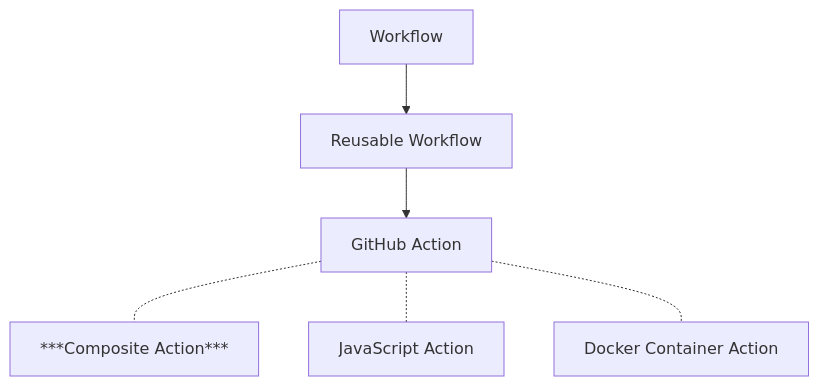
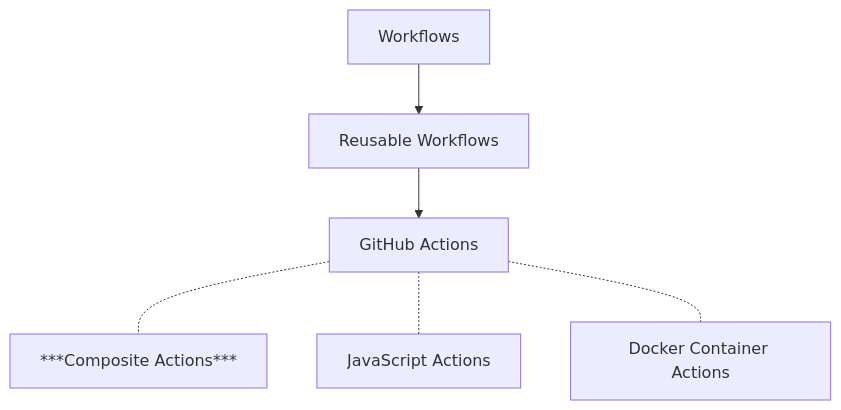
The diagram in README.md (devantler-tech/workflows), drawn with Mermaid before and after one commit.

Commit message:
fix: correct terminology in workflow diagram in README

````diff
--- a/README.md
+++ b/README.md
@@ -10,8 +10,8 @@
 ```mermaid
 graph TD
-  A[Workflow] --> B[Reusable Workflow]
-  B --> C[GitHub Action]
-  C -.- D[***Composite Action***]
-  C -.- E[JavaScript Action]
-  C -.- F[Docker Container Action]
+  A[Workflows] --> B[Reusable Workflows]
+  B --> C[GitHub Actions]
+  C -.- D[***Composite Actions***]
+  C -.- E[JavaScript Actions]
+  C -.- F[Docker Container Actions]
 ```
````
